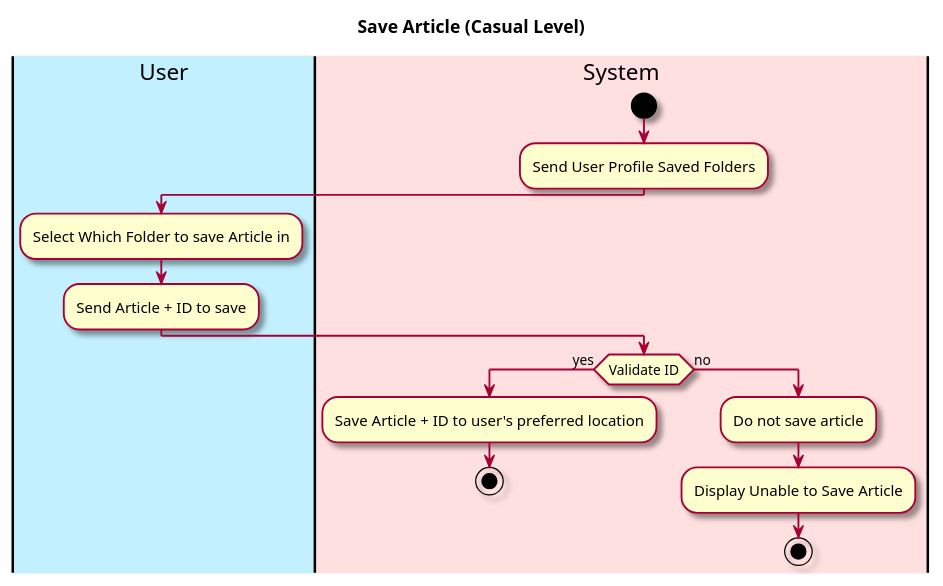
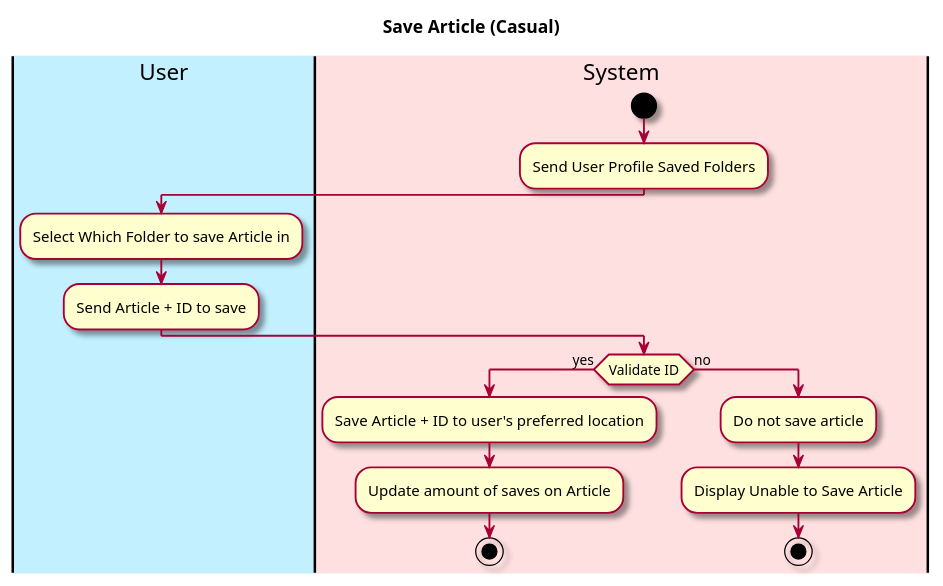
One commit to owhitleym-ui/EcoScoop changed the diagram in intellij/doc/Functional Specification/save-article.md. Above: the diagram before and after it, drawn with PlantUML. The commit also changed other lines of this file and 5 other files, not shown here.

````diff
--- a/intellij/doc/Functional Specification/save-article.md
+++ b/intellij/doc/Functional Specification/save-article.md
@@ -24,31 +24,32 @@
 ```plantuml
 @startuml
 
 skin rose
 
-title Save Article (Casual Level)
+title Save Article (Casual)
 
 'define the lanes
 |#application|User|
 |#implementation|System|
 
 |System|
 start
 :Send User Profile Saved Folders;
 
 |User|
 :Select Which Folder to save Article in;
 :Send Article + ID to save;
 
 |System|
 if (Validate ID) then (yes)
 :Save Article + ID to user's preferred location;
+:Update amount of saves on Article;
 stop
 
 else (no)
 :Do not save article;
 :Display Unable to Save Article;
 
 stop
 @enduml
 ```
````
